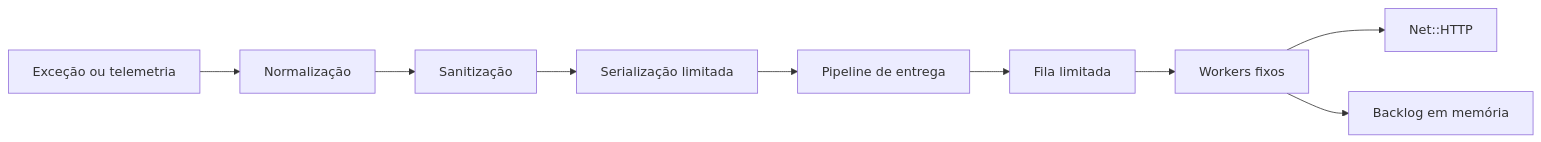
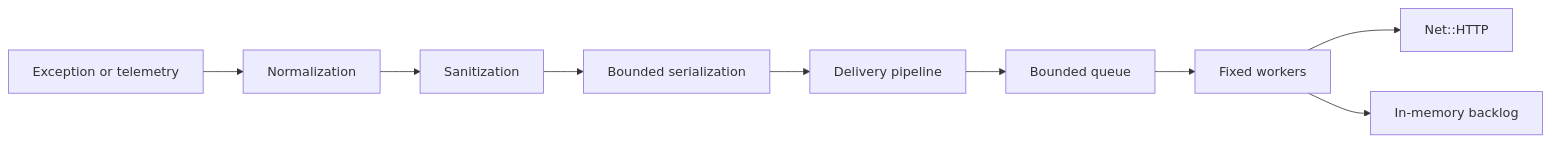
Before and after one commit to antoniojefferson/chronos-ruby: the diagram in README.md, drawn with Mermaid. The commit also changed other lines of this file and 61 other files, not shown here.

````diff
--- a/README.md
+++ b/README.md
@@ -242,11 +250,11 @@
 ```mermaid
 flowchart LR
-  E[Exceção ou telemetria] --> N[Normalização]
-  N --> P[Sanitização]
-  P --> S[Serialização limitada]
-  S --> D[Pipeline de entrega]
-  D --> Q[Fila limitada]
-  Q --> W[Workers fixos]
+  E[Exception or telemetry] --> N[Normalization]
+  N --> P[Sanitization]
+  P --> S[Bounded serialization]
+  S --> D[Delivery pipeline]
+  D --> Q[Bounded queue]
+  Q --> W[Fixed workers]
   W --> H[Net::HTTP]
-  W --> B[Backlog em memória]
+  W --> B[In-memory backlog]
 ```
````
